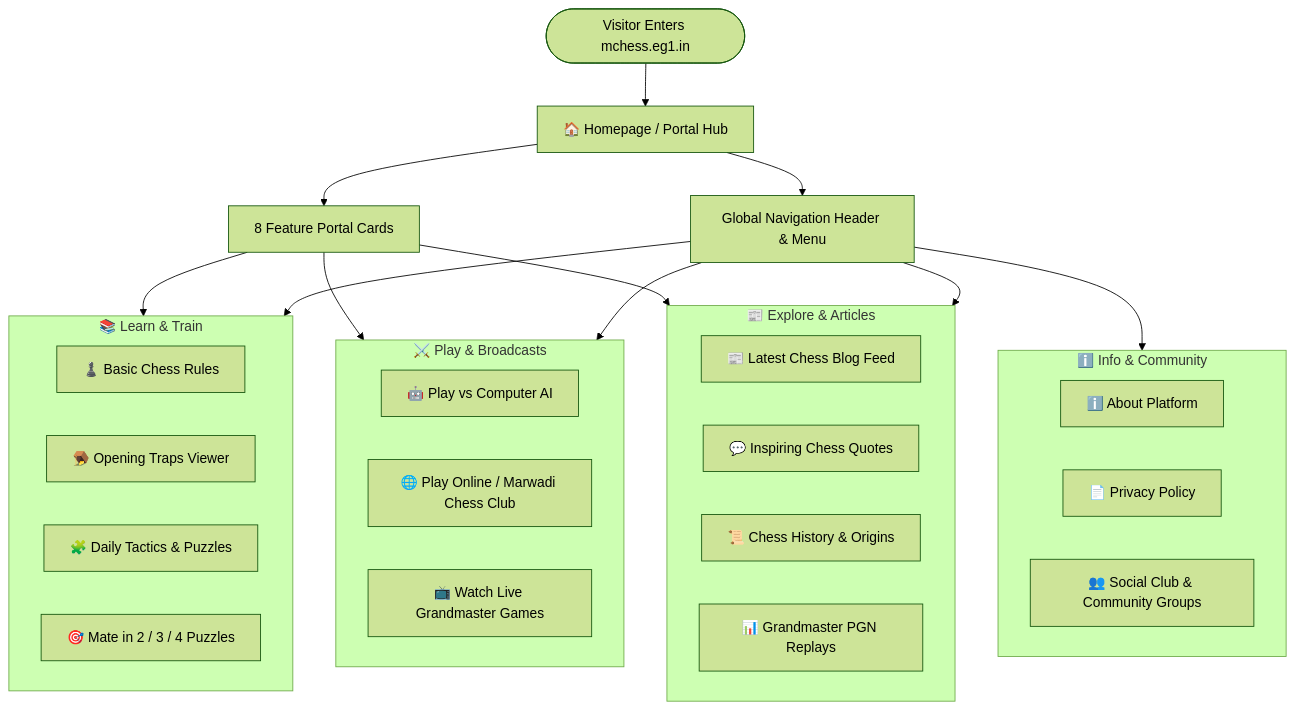
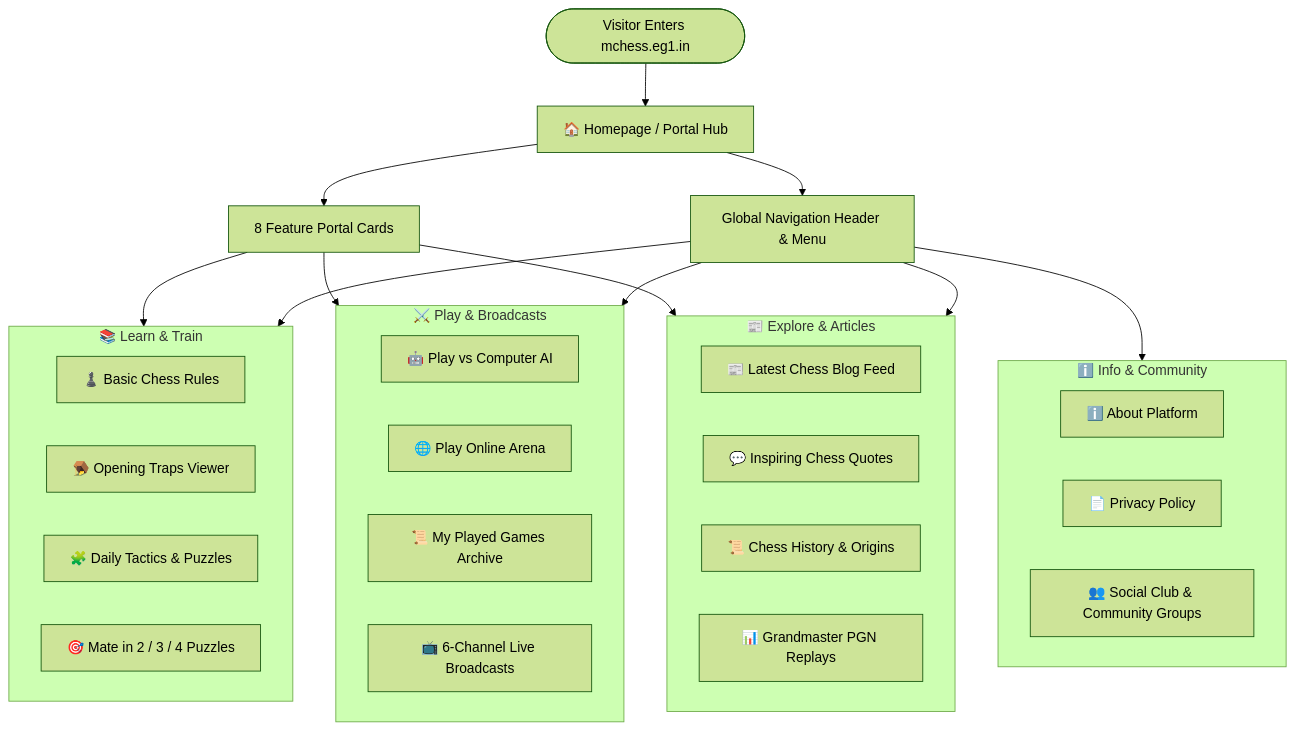
Before and after one commit to EG1DOTIN/mchess.eg1.in: the diagram in README.md, drawn with Mermaid (forest theme). The commit also changed other lines of this file and 17 other files, not shown here.

````diff
--- a/README.md
+++ b/README.md
@@ -29,42 +30,43 @@
 ```mermaid
 flowchart TD
-    Start([Visitor Enters mchess.eg1.in]) --> Home[🏠 Homepage / Portal Hub]
+    Start(["Visitor Enters mchess.eg1.in"]) --> Home["🏠 Homepage / Portal Hub"]
 
-    Home --> NavMenu[Global Navigation Header & Menu]
-    Home --> QuickCards[8 Feature Portal Cards]
+    Home --> NavMenu["Global Navigation Header & Menu"]
+    Home --> QuickCards["8 Feature Portal Cards"]
 
-    subgraph Learn_And_Train [📚 Learn & Train]
-        Rules[♟️ Basic Chess Rules]
-        Traps[🪤 Opening Traps Viewer]
-        Puzzles[🧩 Daily Tactics & Puzzles]
-        MatePuzzles[🎯 Mate in 2 / 3 / 4 Puzzles]
+    subgraph Learn_And_Train ["📚 Learn & Train"]
+        Rules["♟️ Basic Chess Rules"]
+        Traps["🪤 Opening Traps Viewer"]
+        Puzzles["🧩 Daily Tactics & Puzzles"]
+        MatePuzzles["🎯 Mate in 2 / 3 / 4 Puzzles"]
     end
 
-    subgraph Play_And_Watch [⚔️ Play & Broadcasts]
-        PlayComp[🤖 Play vs Computer AI]
-        PlayOnline[🌐 Play Online / Marwadi Chess Club]
-        WatchLive[📺 Watch Live Grandmaster Games]
+    subgraph Play_And_Watch ["⚔️ Play & Broadcasts"]
+        PlayComp["🤖 Play vs Computer AI"]
+        PlayOnline["🌐 Play Online Arena"]
+        MyGames["📜 My Played Games Archive"]
+        WatchLive["📺 6-Channel Live Broadcasts"]
     end
 
-    subgraph Explore_And_Read [📰 Explore & Articles]
-        Blog[📰 Latest Chess Blog Feed]
-        Quotes[💬 Inspiring Chess Quotes]
-        History[📜 Chess History & Origins]
-        PGN[📊 Grandmaster PGN Replays]
+    subgraph Explore_And_Read ["📰 Explore & Articles"]
+        Blog["📰 Latest Chess Blog Feed"]
+        Quotes["💬 Inspiring Chess Quotes"]
+        History["📜 Chess History & Origins"]
+        PGN["📊 Grandmaster PGN Replays"]
     end
 
-    subgraph Info_And_Community [ℹ️ Info & Community]
-        About[ℹ️ About Platform]
-        Privacy[📄 Privacy Policy]
-        Social[👥 Social Club & Community Groups]
+    subgraph Info_And_Community ["ℹ️ Info & Community"]
+        About["ℹ️ About Platform"]
+        Privacy["📄 Privacy Policy"]
+        Social["👥 Social Club & Community Groups"]
     end
 
     QuickCards --> Learn_And_Train
     QuickCards --> Play_And_Watch
     QuickCards --> Explore_And_Read
 
     NavMenu --> Learn_And_Train
     NavMenu --> Play_And_Watch
     NavMenu --> Explore_And_Read
     NavMenu --> Info_And_Community
 ```
````
